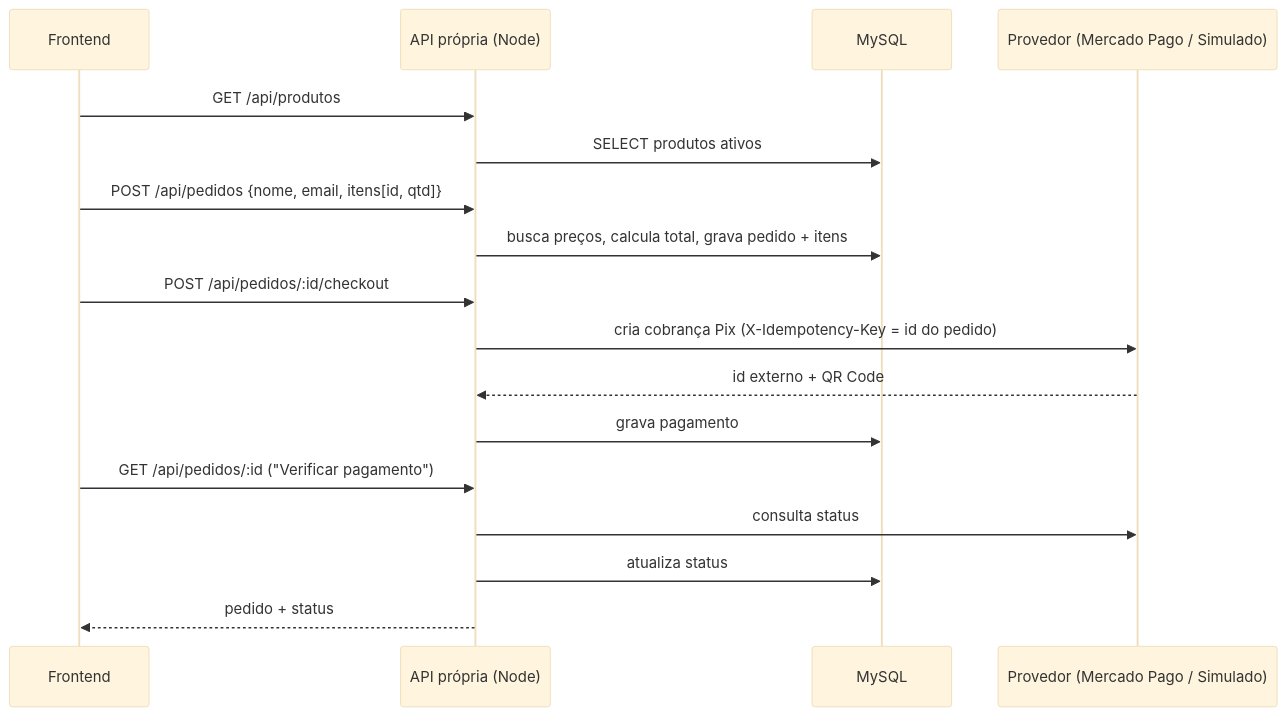
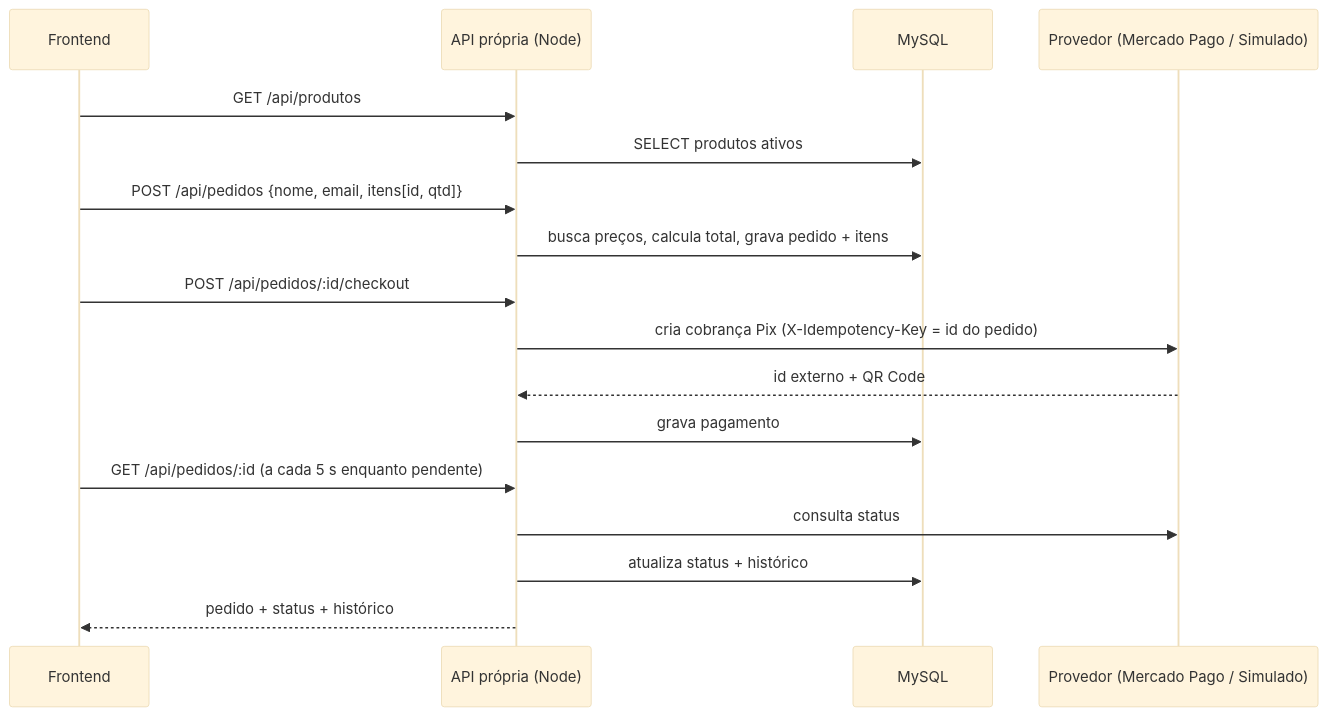
One commit to samuelc99/loja-checkout changed the first of 2 diagrams in README.md. Above: the diagram before and after it, drawn with Mermaid (base theme). The commit also changed other lines of this file, not shown here.

Commit message:
README: atualiza provedor, fluxo, endpoint de pedido e instruções para Windows

````diff
--- a/README.md
+++ b/README.md
@@ -57,20 +61,20 @@
 ```mermaid
 sequenceDiagram
     participant F as Frontend
     participant A as API própria (Node)
     participant DB as MySQL
     participant P as Provedor (Mercado Pago / Simulado)
 
     F->>A: GET /api/produtos
     A->>DB: SELECT produtos ativos
     F->>A: POST /api/pedidos {nome, email, itens[id, qtd]}
     A->>DB: busca preços, calcula total, grava pedido + itens
     F->>A: POST /api/pedidos/:id/checkout
     A->>P: cria cobrança Pix (X-Idempotency-Key = id do pedido)
     P-->>A: id externo + QR Code
     A->>DB: grava pagamento
-    F->>A: GET /api/pedidos/:id ("Verificar pagamento")
+    F->>A: GET /api/pedidos/:id (a cada 5 s enquanto pendente)
     A->>P: consulta status
-    A->>DB: atualiza status
-    A-->>F: pedido + status
+    A->>DB: atualiza status + histórico
+    A-->>F: pedido + status + histórico
 ```
````
